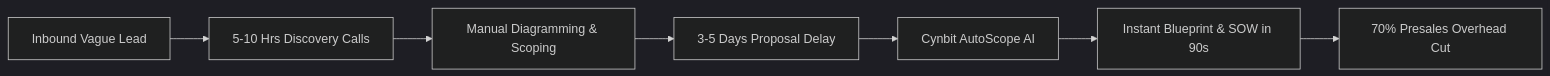
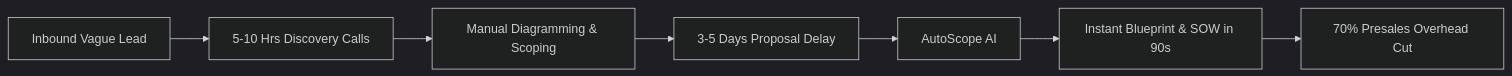
Before and after one commit to TANMAY4806w/cynbit-autoscope-ai: the first of 2 diagrams in README.md, drawn with Mermaid (dark theme). The commit also changed other lines of this file and 10 other files, not shown here.

Commit message:
feat: rebrand to AutoScope AI, replace native dropdowns with dark custom select, add GitHub integration, and verify INR financial model

````diff
--- a/README.md
+++ b/README.md
@@ -23,9 +20,9 @@
 ```mermaid
 flowchart LR
     A["Inbound Vague Lead"] --> B["5-10 Hrs Discovery Calls"]
     B --> C["Manual Diagramming & Scoping"]
     C --> D["3-5 Days Proposal Delay"]
-    D --> E["Cynbit AutoScope AI"]
+    D --> E["AutoScope AI"]
     E --> F["Instant Blueprint & SOW in 90s"]
     F --> G["70% Presales Overhead Cut"]
 ```
````
